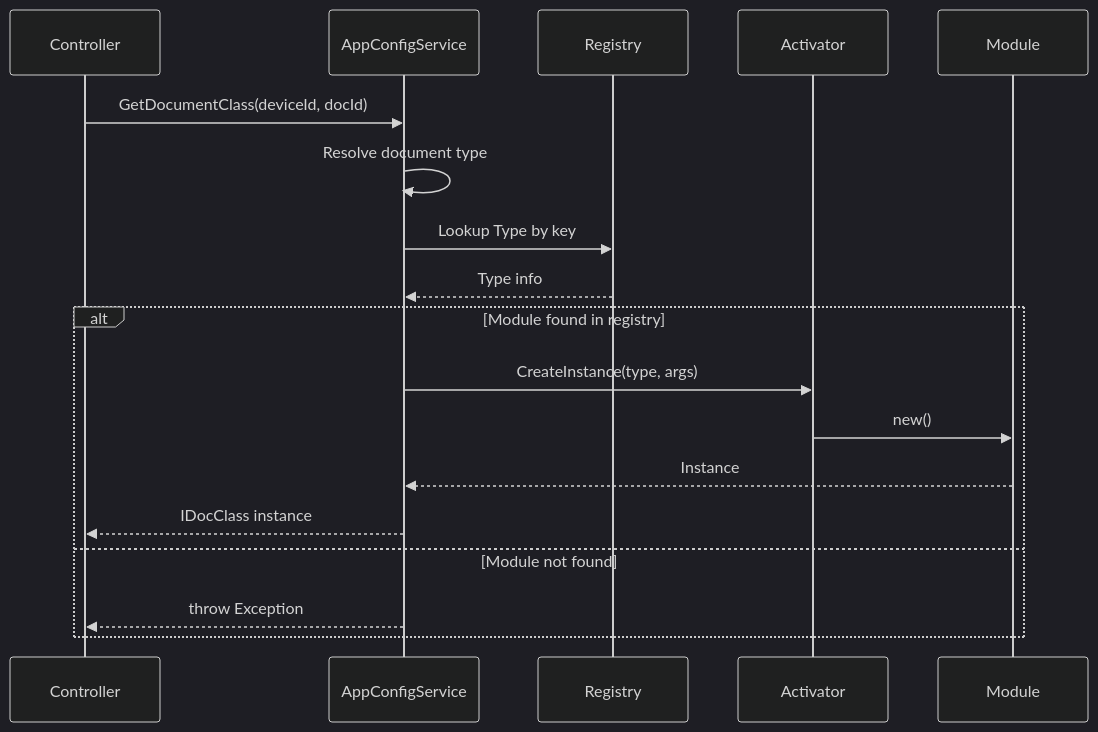
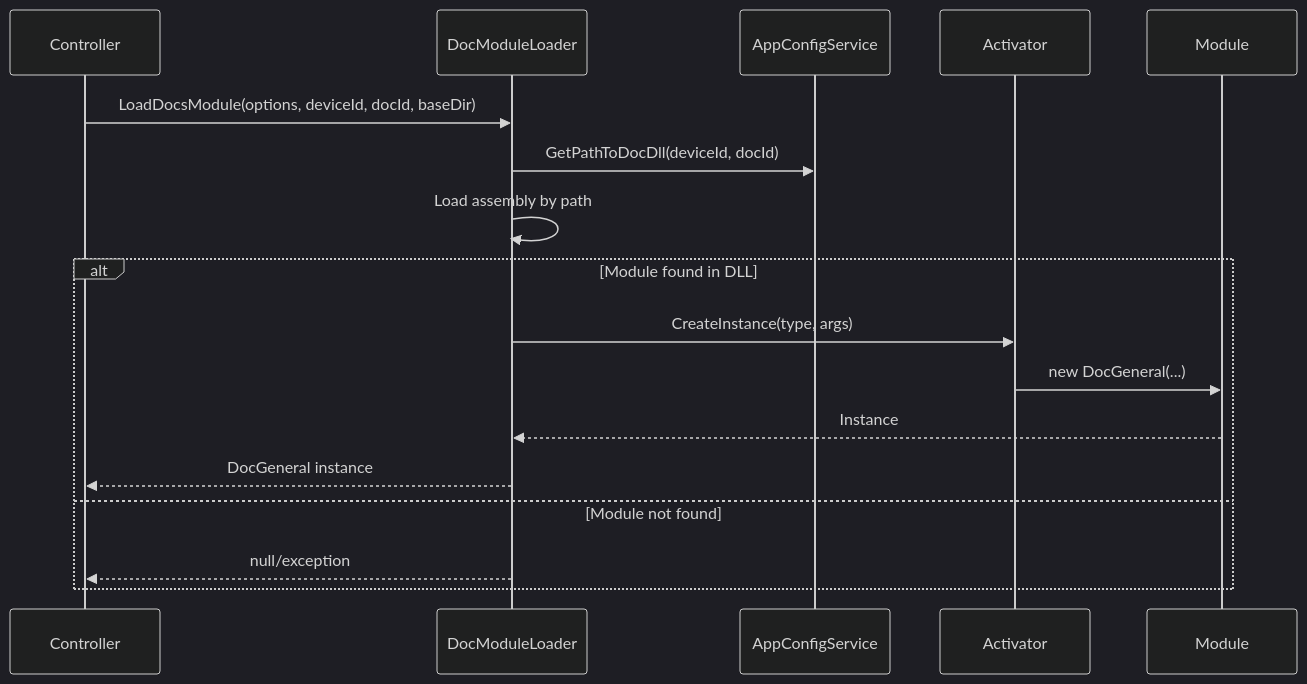
One commit to tn-ivk/tn-doc changed the third of 10 diagrams in docs/architecture/document-modules.md. Above: the diagram before and after it, drawn with Mermaid (dark theme). The commit also changed other lines of this file and 9 other files, not shown here.

````diff
--- a/docs/architecture/document-modules.md
+++ b/docs/architecture/document-modules.md
@@ -72,22 +46,21 @@
 ```mermaid
 sequenceDiagram
     participant Controller
+    participant DocModuleLoader
     participant AppConfigService
-    participant Registry
     participant Activator
     participant Module
 
-    Controller->>AppConfigService: GetDocumentClass(deviceId, docId)
-    AppConfigService->>AppConfigService: Resolve document type
-    AppConfigService->>Registry: Lookup Type by key
-    Registry-->>AppConfigService: Type info
+    Controller->>DocModuleLoader: LoadDocsModule(options, deviceId, docId, baseDir)
+    DocModuleLoader->>AppConfigService: GetPathToDocDll(deviceId, docId)
+    DocModuleLoader->>DocModuleLoader: Load assembly by path
 
-    alt Module found in registry
-        AppConfigService->>Activator: CreateInstance(type, args)
-        Activator->>Module: new()
-        Module-->>AppConfigService: Instance
-        AppConfigService-->>Controller: IDocClass instance
+    alt Module found in DLL
+        DocModuleLoader->>Activator: CreateInstance(type, args)
+        Activator->>Module: new DocGeneral(...)
+        Module-->>DocModuleLoader: Instance
+        DocModuleLoader-->>Controller: DocGeneral instance
     else Module not found
-        AppConfigService-->>Controller: throw Exception
+        DocModuleLoader-->>Controller: null/exception
     end
 ```
````
